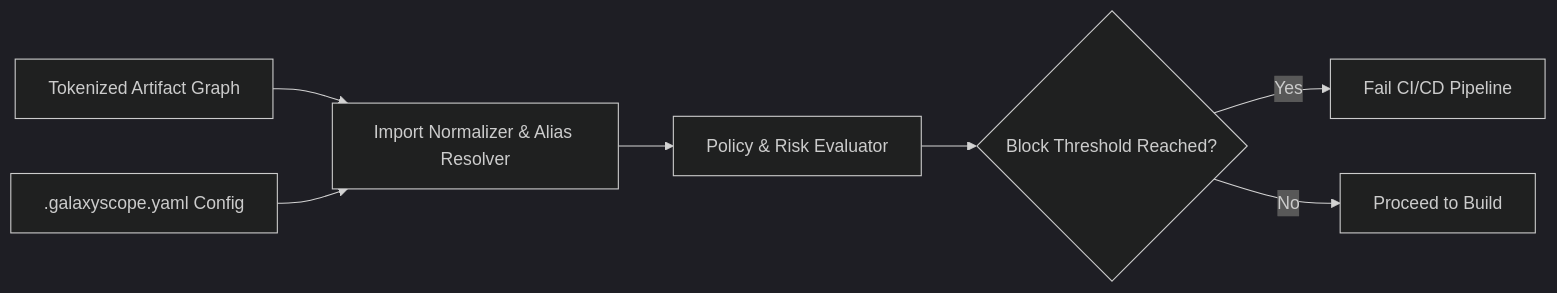
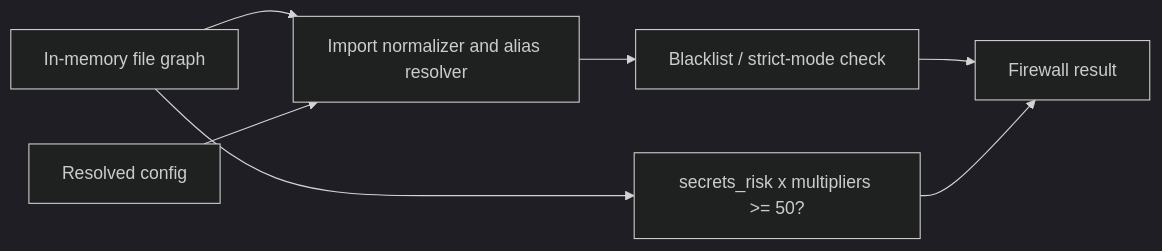
Before and after one commit to squid-protocol/gitgalaxy: the diagram in docs/wiki/04-03-supply-chain-firewall.md, drawn with Mermaid (dark theme). The commit also changed other lines of this file and 4 other files, not shown here.

````diff
--- a/docs/wiki/04-03-supply-chain-firewall.md
+++ b/docs/wiki/04-03-supply-chain-firewall.md
@@ -34,9 +41,9 @@
 ```mermaid
 graph LR
-    A[Tokenized Artifact Graph] --> B[Import Normalizer & Alias Resolver]
-    C[.galaxyscope.yaml Config] --> B
-    B --> D[Policy & Risk Evaluator]
-    D --> E{Block Threshold Reached?}
-    E -- Yes --> F[Fail CI/CD Pipeline]
-    E -- No --> G[Proceed to Build]
+    A[In-memory file graph] --> B[Import normalizer and alias resolver]
+    C[Resolved config] --> B
+    B --> D[Blacklist / strict-mode check]
+    A --> E[secrets_risk x multipliers >= 50?]
+    D --> F[Firewall result]
+    E --> F
 ```
````
